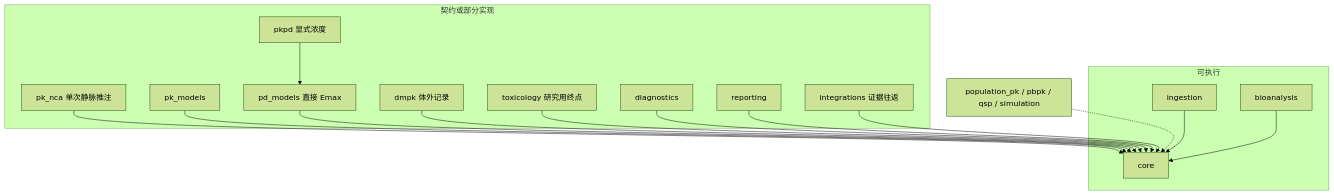
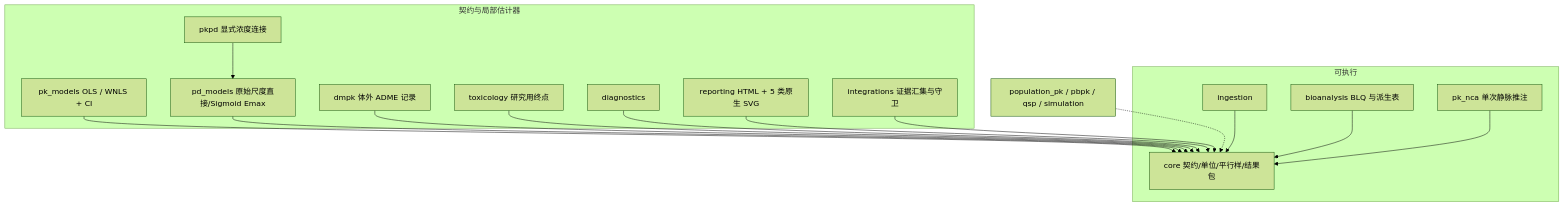
The diagram in docs/architecture.md (JianyunZhang/PharmacoWeave), drawn with Mermaid (forest theme) before and after one commit. The commit also changed other lines of this file and 51 other files, not shown here.

````diff
--- a/docs/architecture.md
+++ b/docs/architecture.md
@@ -5,33 +5,33 @@
 ```mermaid
 flowchart TB
     subgraph available [可执行]
         ingestion[ingestion]
-        bioanalysis[bioanalysis]
-        core[core]
+        bioanalysis[bioanalysis BLQ 与派生表]
+        core[core 契约/单位/平行样/结果包]
+        nca[pk_nca 单次静脉推注]
     end
-    subgraph partial [契约或部分实现]
-        nca[pk_nca 单次静脉推注]
-        models[pk_models]
-        pd[pd_models 直接 Emax]
-        pkpd[pkpd 显式浓度]
-        dmpk[dmpk 体外记录]
+    subgraph partial [契约与局部估计器]
+        models[pk_models OLS / WNLS + CI]
+        pd[pd_models 原始尺度直接/Sigmoid Emax]
+        pkpd[pkpd 显式浓度连接]
+        dmpk[dmpk 体外 ADME 记录]
         tox[toxicology 研究用终点]
         diagnostics[diagnostics]
-        reporting[reporting]
-        integrations[integrations 证据往返]
+        reporting[reporting HTML + 5 类原生 SVG]
+        integrations[integrations 证据汇集与守卫]
     end
     reserved[population_pk / pbpk / qsp / simulation]
 
     ingestion --> core
     bioanalysis --> core
     nca --> core
     models --> core
     pd --> core
     pkpd --> pd
     dmpk --> core
     tox --> core
     diagnostics --> core
     reporting --> core
     integrations --> core
     reserved -.-> core
 ```
````
